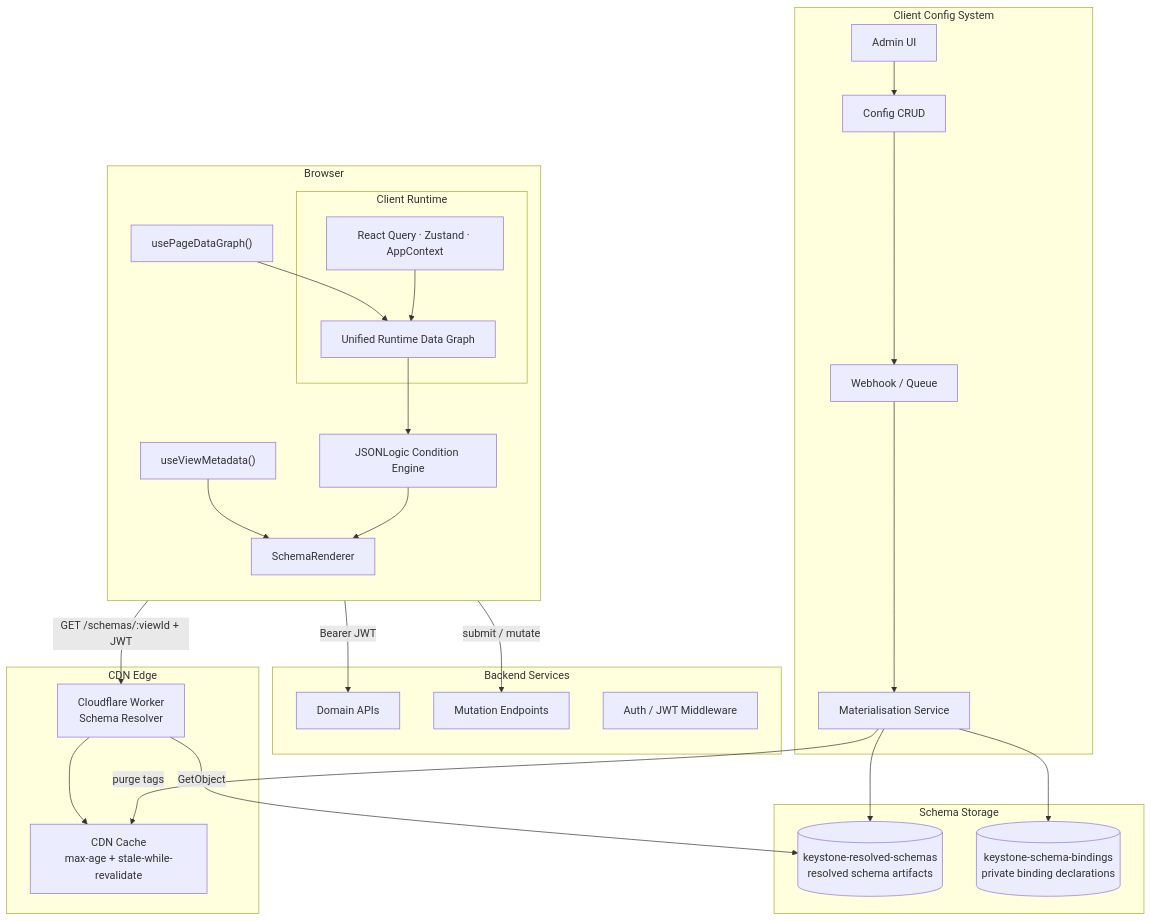
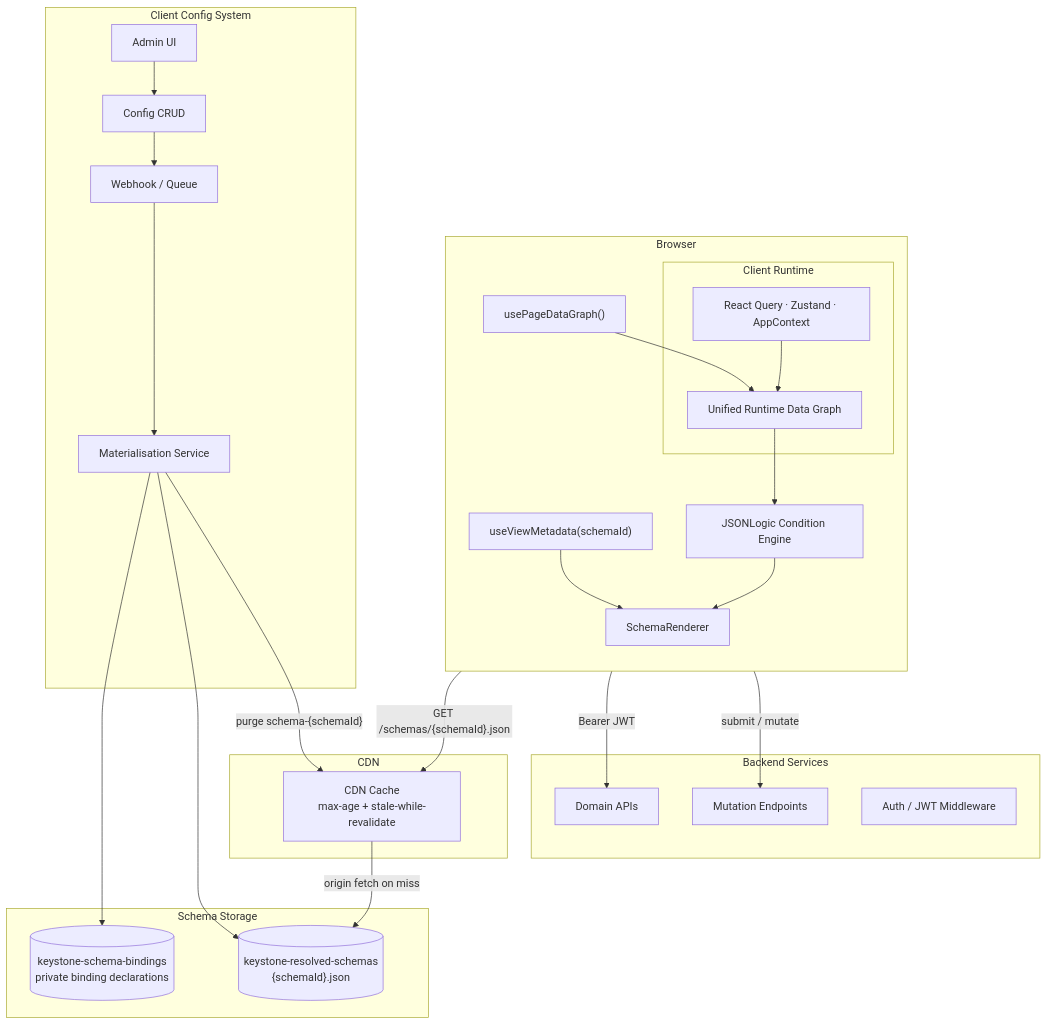
One commit to saba-2103/group-quotation changed the diagram in docs/arch_v0/00-SYSTEM-DESIGN.md. Above: the diagram before and after it, drawn with Mermaid. The commit also changed other lines of this file and 11 other files, not shown here.

````diff
--- a/docs/arch_v0/00-SYSTEM-DESIGN.md
+++ b/docs/arch_v0/00-SYSTEM-DESIGN.md
@@ -47,55 +49,53 @@
 ```mermaid
 flowchart TB
     subgraph Browser["Browser"]
         direction TB
-        UVM["useViewMetadata()"]
+        UVM["useViewMetadata(schemaId)"]
         UDG["usePageDataGraph()"]
         SR["SchemaRenderer"]
         CE["JSONLogic Condition Engine"]
         subgraph ClientRuntime["Client Runtime"]
             Graph["Unified Runtime Data Graph"]
             Stores["React Query · Zustand · AppContext"]
         end
         UVM --> SR
         UDG --> Graph
         Stores --> Graph
         Graph --> CE
         CE --> SR
     end
 
-    subgraph Edge["CDN Edge"]
-        Worker["Cloudflare Worker\nSchema Resolver"]
-        CDN["CDN Cache\nmax-age + stale-while-revalidate"]
+    subgraph CDN["CDN"]
+        Cache["CDN Cache\nmax-age + stale-while-revalidate"]
     end
 
     subgraph SchemaStore["Schema Storage"]
-        RS[("keystone-resolved-schemas\nresolved schema artifacts")]
+        RS[("keystone-resolved-schemas\n{schemaId}.json")]
         SB[("keystone-schema-bindings\nprivate binding declarations")]
     end
 
     subgraph Backend["Backend Services"]
         APIs["Domain APIs"]
         Mut["Mutation Endpoints"]
         Auth["Auth / JWT Middleware"]
     end
 
     subgraph ConfigSys["Client Config System"]
         Admin["Admin UI"]
         CRUD["Config CRUD"]
         Queue["Webhook / Queue"]
         MS["Materialisation Service"]
     end
 
-    UVM -->|"GET /schemas/:viewId + JWT"| Worker
-    Worker --> CDN
-    Worker -->|"GetObject"| RS
+    UVM -->|"GET /schemas/{schemaId}.json"| Cache
+    Cache -->|"origin fetch on miss"| RS
     UDG -->|"Bearer JWT"| APIs
     SR -->|"submit / mutate"| Mut
 
     Admin --> CRUD
     CRUD --> Queue
     Queue --> MS
     MS --> SB
     MS --> RS
-    MS -->|"purge tags"| CDN
+    MS -->|"purge schema-{schemaId}"| Cache
 ```
````
